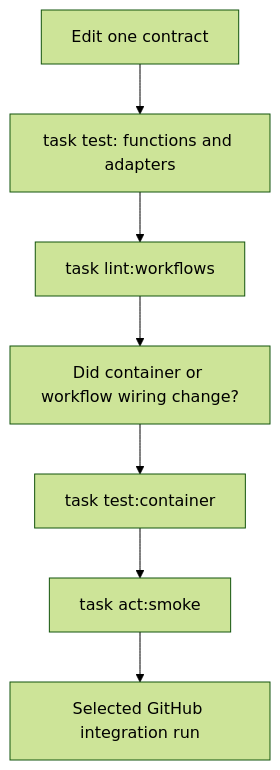
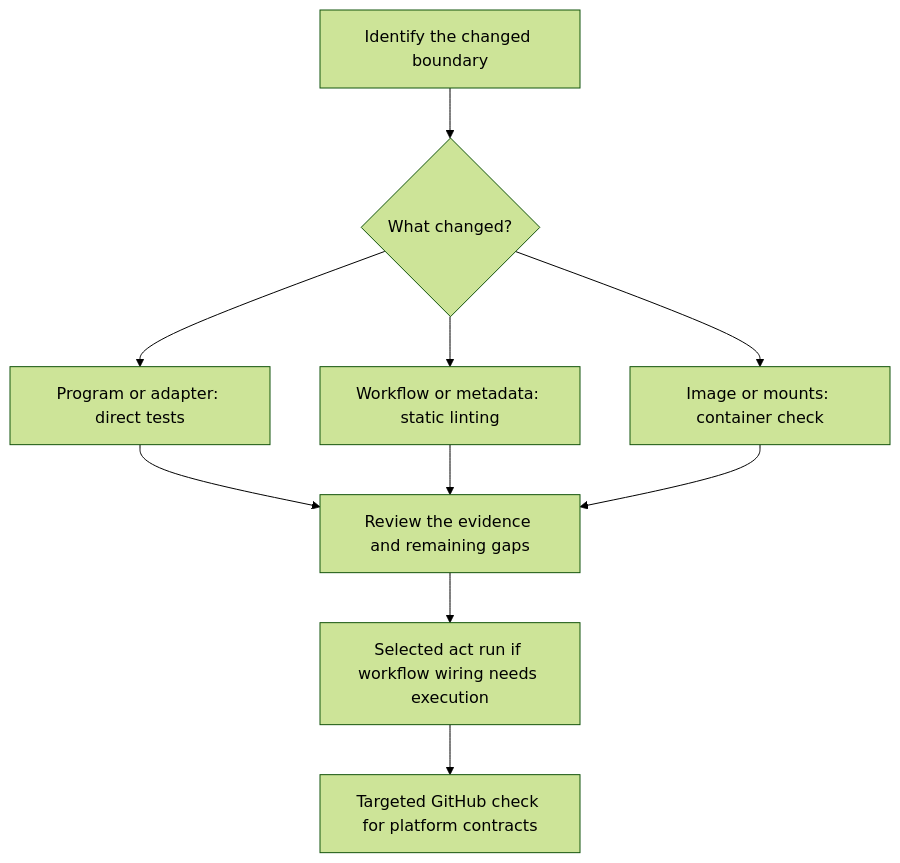
One commit to Rohit1024/actions-learn changed the diagram in docs/lessons/0002-local-feedback-loop.md. Above: the diagram before and after it, drawn with Mermaid (forest theme). The commit also changed other lines of this file and 228 other files, not shown here.

````diff
--- a/docs/lessons/0002-local-feedback-loop.md
+++ b/docs/lessons/0002-local-feedback-loop.md
@@ -33,9 +36,12 @@
 ```mermaid
 flowchart TD
-    Edit["Edit one contract"] --> Direct["task test: functions and adapters"]
-    Direct --> Static["task lint:workflows"]
-    Static --> Boundary["Did container or workflow wiring change?"]
-    Boundary --> Container["task test:container"]
-    Container --> Act["task act:smoke"]
-    Act --> Hosted["Selected GitHub integration run"]
+    Change["Identify the changed boundary"] --> Choose{"What changed?"}
+    Choose --> Logic["Program or adapter: direct tests"]
+    Choose --> Wiring["Workflow or metadata: static linting"]
+    Choose --> Image["Image or mounts: container check"]
+    Logic --> Review["Review the evidence and remaining gaps"]
+    Wiring --> Review
+    Image --> Review
+    Review --> Smoke["Selected act run if workflow wiring needs execution"]
+    Smoke --> Hosted["Targeted GitHub check for platform contracts"]
 ```
````
